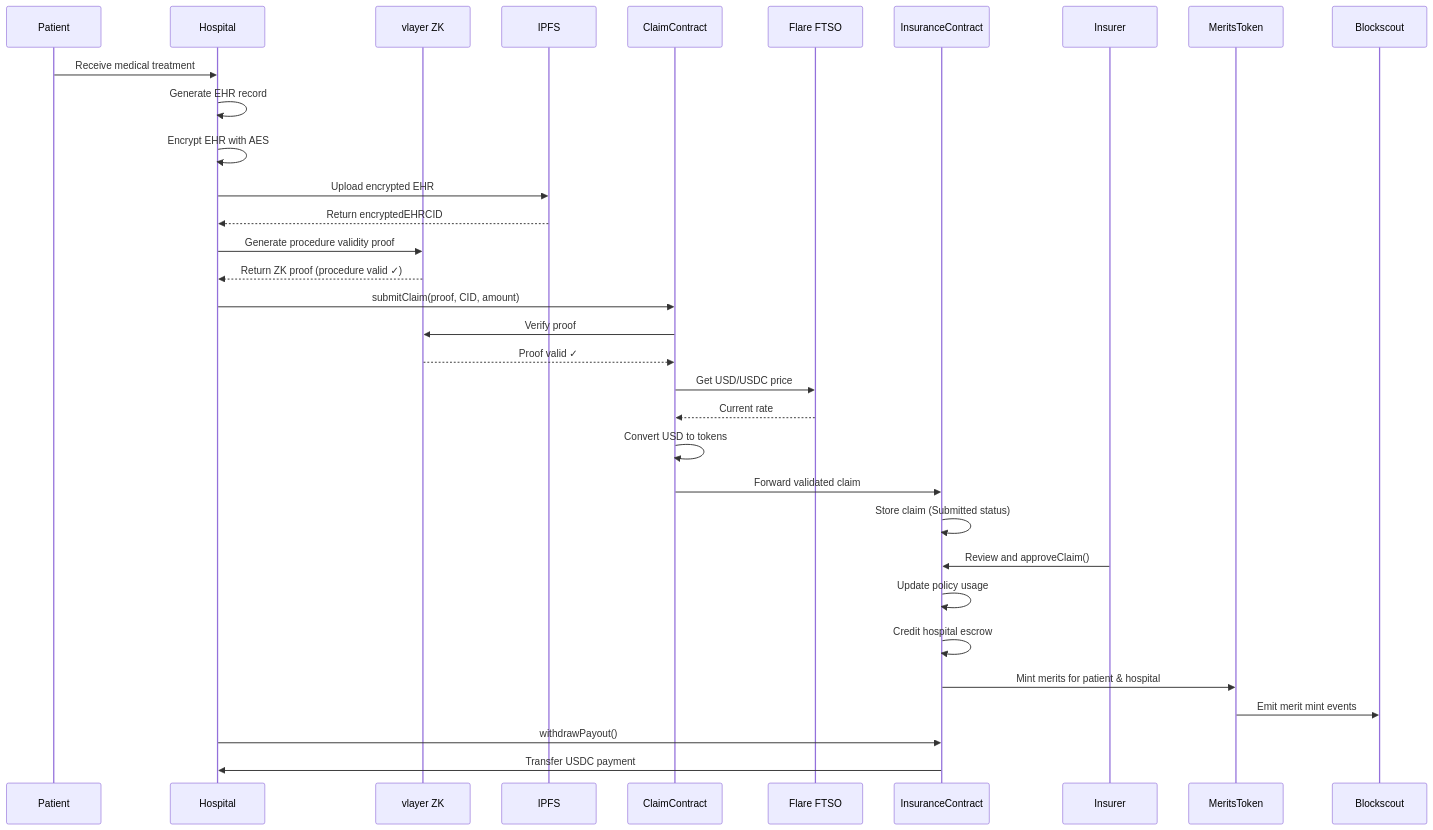
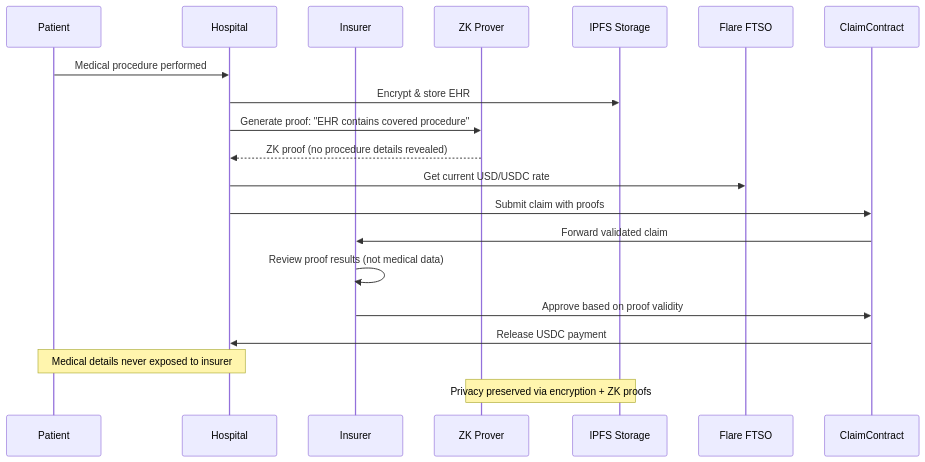
One commit to ppezzull/zkMed changed the third of 3 diagrams in memory-bank/systemPatterns.md. Above: the diagram before and after it, drawn with Mermaid. The commit also changed other lines of this file and 12 other files, not shown here.

````diff
--- a/memory-bank/systemPatterns.md
+++ b/memory-bank/systemPatterns.md
@@ -788,42 +193,23 @@
 ```mermaid
 sequenceDiagram
     participant P as Patient
     participant H as Hospital
-    participant ZK as vlayer ZK
-    participant IPFS as IPFS
-    participant CC as ClaimContract
-    participant F as Flare FTSO
-    participant IC as InsuranceContract
     participant I as Insurer
-    participant MT as MeritsToken
-    participant BS as Blockscout
-
-    P->>H: Receive medical treatment
-    H->>H: Generate EHR record
-    H->>H: Encrypt EHR with AES
-    H->>IPFS: Upload encrypted EHR
-    IPFS-->>H: Return encryptedEHRCID
+    participant ZK as ZK Prover
+    participant IPFS as IPFS Storage
+    participant FT as Flare FTSO
     
-    H->>ZK: Generate procedure validity proof
-    ZK-->>H: Return ZK proof (procedure valid ✓)
+    P->>H: Medical procedure performed
+    H->>IPFS: Encrypt & store EHR
+    H->>ZK: Generate proof: "EHR contains covered procedure"
+    ZK-->>H: ZK proof (no procedure details revealed)
+    H->>FT: Get current USD/USDC rate
+    H->>ClaimContract: Submit claim with proofs
+    ClaimContract->>I: Forward validated claim
+    I->>I: Review proof results (not medical data)
+    I->>ClaimContract: Approve based on proof validity
+    ClaimContract->>H: Release USDC payment
     
-    H->>CC: submitClaim(proof, CID, amount)
-    CC->>ZK: Verify proof
-    ZK-->>CC: Proof valid ✓
-    
-    CC->>F: Get USD/USDC price
-    F-->>CC: Current rate
-    CC->>CC: Convert USD to tokens
-    
-    CC->>IC: Forward validated claim
-    IC->>IC: Store claim (Submitted status)
-    
-    I->>IC: Review and approveClaim()
-    IC->>IC: Update policy usage
-    IC->>IC: Credit hospital escrow
-    IC->>MT: Mint merits for patient & hospital
-    MT->>BS: Emit merit mint events
-    
-    H->>IC: withdrawPayout()
-    IC->>H: Transfer USDC payment
+    Note over P,H: Medical details never exposed to insurer
+    Note over ZK,IPFS: Privacy preserved via encryption + ZK proofs
 ```
````
